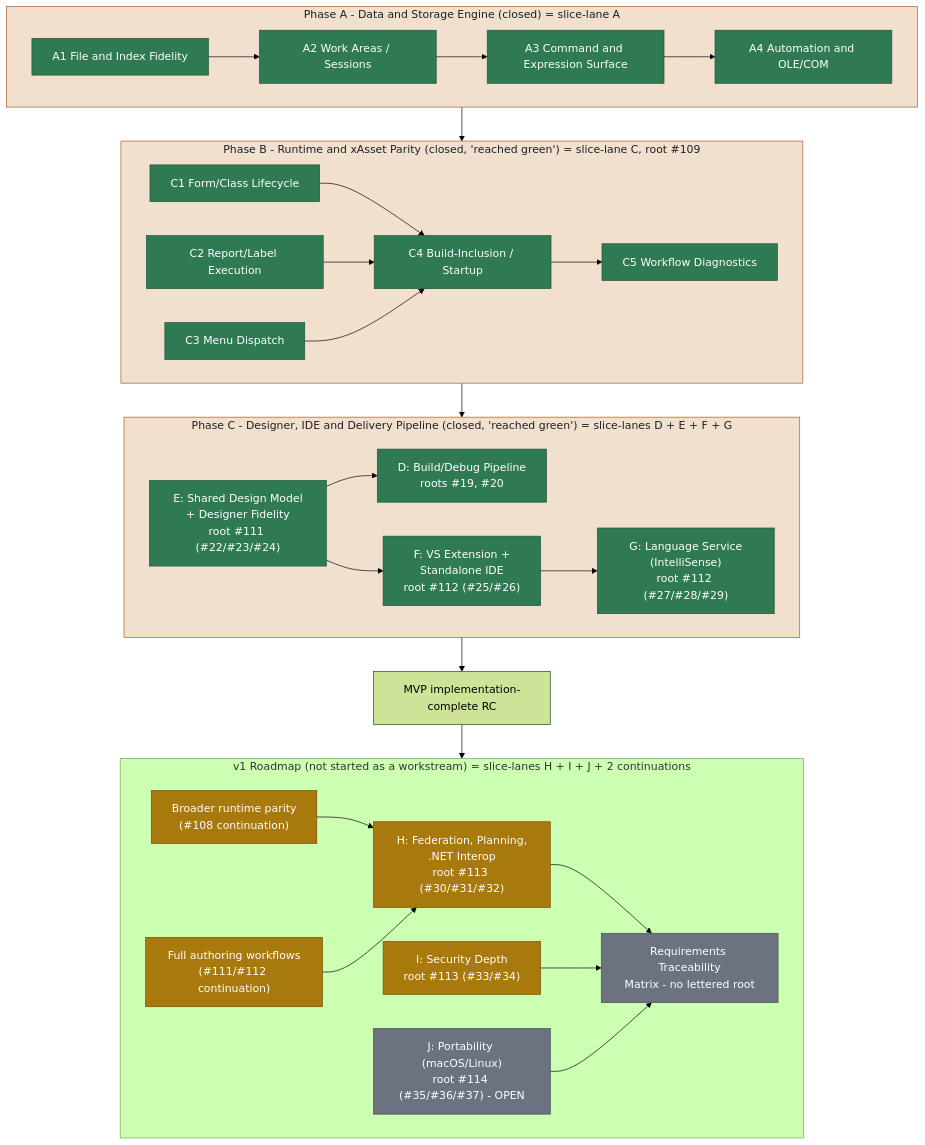
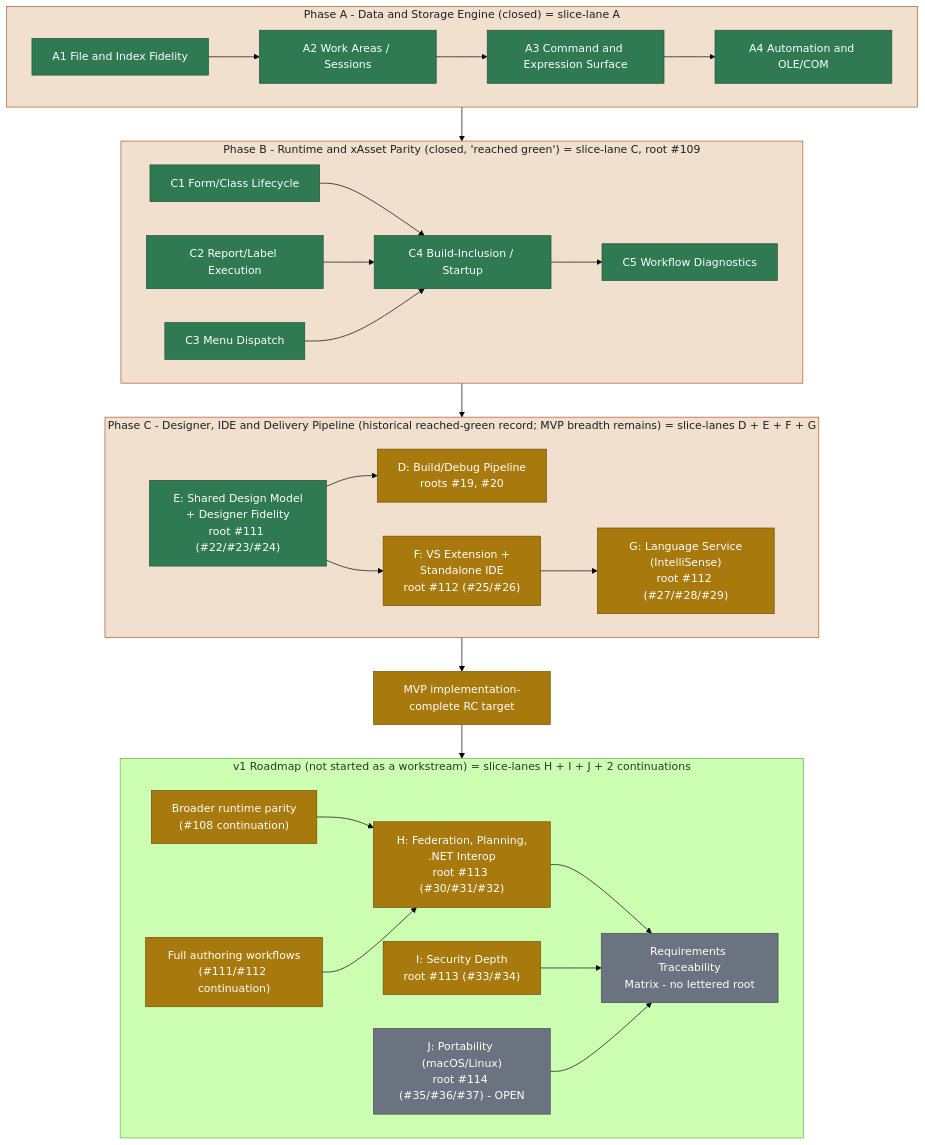
Before and after one commit to rhamenator/Project-Copperfin: the diagram in docs/05-roadmap.md, drawn with Mermaid (forest theme). The commit also changed 2 other files, not shown here.

Commit message:
Clarify current roadmap completion state

````diff
--- a/docs/05-roadmap.md
+++ b/docs/05-roadmap.md
@@ -251,66 +251,67 @@
 ```mermaid
 flowchart TD
     classDef done fill:#2f7a52,stroke:#1e5136,color:#ffffff,stroke-width:1px;
     classDef partial fill:#a8790c,stroke:#6e4f07,color:#ffffff,stroke-width:1px;
     classDef planned fill:#6b7280,stroke:#484d54,color:#ffffff,stroke-width:1px;
     classDef lane fill:#f2e0cf,stroke:#a85a2a,color:#1b2024,stroke-width:1px;
 
     subgraph PA["Phase A - Data and Storage Engine (closed) = slice-lane A"]
       direction LR
       A1["A1 File and Index Fidelity"]
       A2["A2 Work Areas / Sessions"]
       A3["A3 Command and Expression Surface"]
       A4["A4 Automation and OLE/COM"]
       A1 --> A2 --> A3 --> A4
     end
 
     subgraph PB["Phase B - Runtime and xAsset Parity (closed, 'reached green') = slice-lane C, root #109"]
       direction LR
       C1["C1 Form/Class Lifecycle"]
       C2["C2 Report/Label Execution"]
       C3["C3 Menu Dispatch"]
       C4["C4 Build-Inclusion / Startup"]
       C5["C5 Workflow Diagnostics"]
       C1 --> C4
       C2 --> C4
       C3 --> C4
       C4 --> C5
     end
 
-    subgraph PC["Phase C - Designer, IDE and Delivery Pipeline (closed, 'reached green') = slice-lanes D + E + F + G"]
+    subgraph PC["Phase C - Designer, IDE and Delivery Pipeline (historical reached-green record; MVP breadth remains) = slice-lanes D + E + F + G"]
       direction LR
       D["D: Build/Debug Pipeline<br/>roots #19, #20"]
       E["E: Shared Design Model<br/>+ Designer Fidelity<br/>root #111 (#22/#23/#24)"]
       F["F: VS Extension +<br/>Standalone IDE<br/>root #112 (#25/#26)"]
       G["G: Language Service<br/>(IntelliSense)<br/>root #112 (#27/#28/#29)"]
       E --> F
       F --> G
       E --> D
     end
 
-    MVP["MVP implementation-complete RC"]
+    MVP["MVP implementation-complete RC target"]
 
     subgraph V1["v1 Roadmap (not started as a workstream) = slice-lanes H + I + J + 2 continuations"]
       direction LR
       RUNTIME["Broader runtime parity<br/>(#108 continuation)"]
       WORKFLOWS["Full authoring workflows<br/>(#111/#112 continuation)"]
       H["H: Federation, Planning,<br/>.NET Interop<br/>root #113 (#30/#31/#32)"]
       I["I: Security Depth<br/>root #113 (#33/#34)"]
       J["J: Portability (macOS/Linux)<br/>root #114 (#35/#36/#37) - OPEN"]
       TRACE["Requirements Traceability<br/>Matrix - no lettered root"]
       RUNTIME --> H
       WORKFLOWS --> H
       H --> TRACE
       I --> TRACE
       J --> TRACE
     end
 
     PA --> PB --> PC --> MVP --> V1
 
     class A1,A2,A3,A4,C1,C2,C3,C4,C5 done;
-    class D,E,F,G done;
+    class E done;
+    class D,F,G,MVP partial;
     class RUNTIME,WORKFLOWS partial;
     class H,I partial;
     class J,TRACE planned;
     class PA,PB,PC lane;
 ```
````
